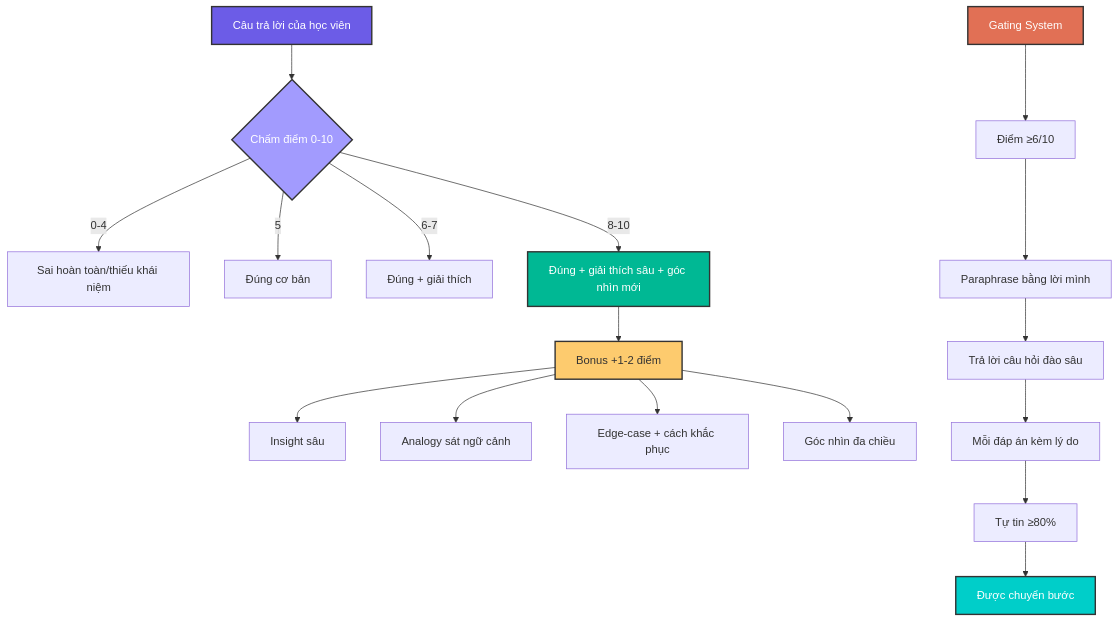
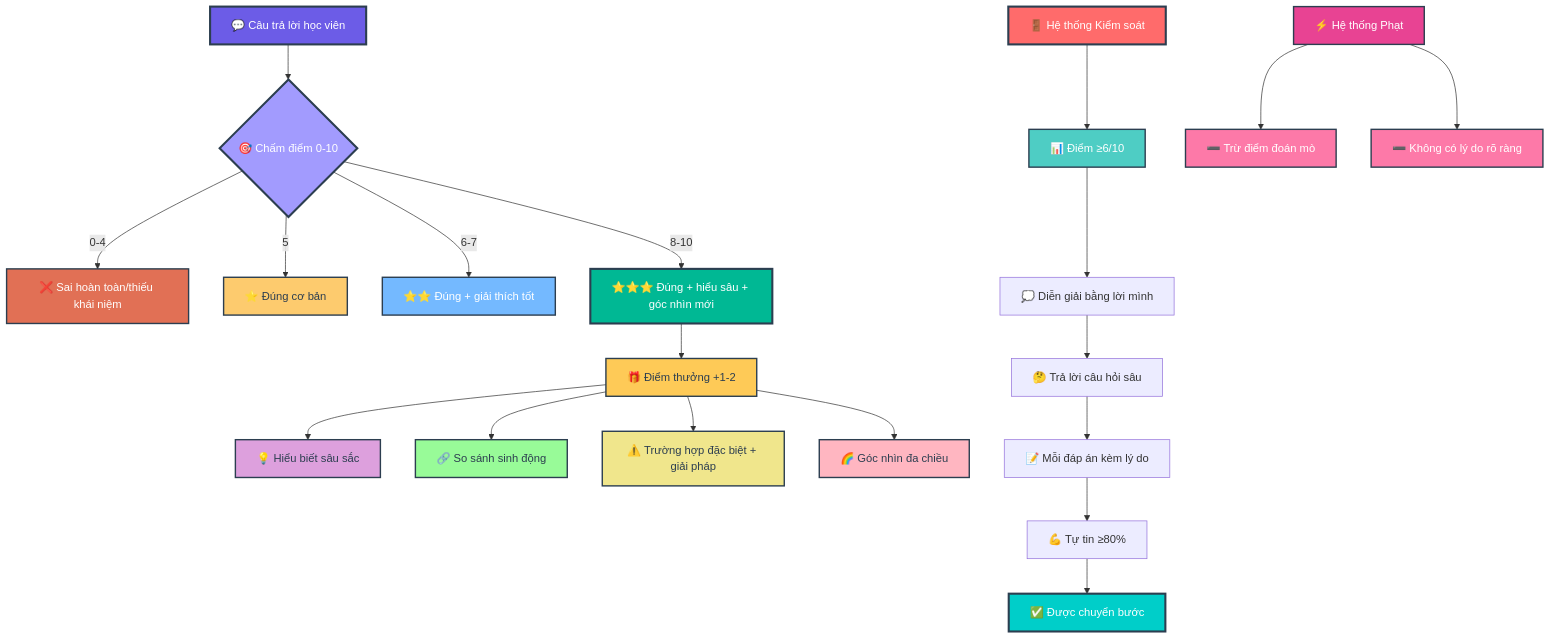
One commit to ngockhanhvd2812/System_Prompt changed the fourth of 6 diagrams in Deep_Learning.md. Above: the diagram before and after it, drawn with Mermaid. The commit also changed other lines of this file, not shown here.

````diff
--- a/Deep_Learning.md
+++ b/Deep_Learning.md
@@ -468,29 +468,43 @@
 ```mermaid
 graph TD
-    A[Câu trả lời của học viên] --> B{Chấm điểm 0-10}
+    A[💬 Câu trả lời học viên] --> B{🎯 Chấm điểm 0-10}
     
-    B -->|0-4| C[Sai hoàn toàn/thiếu khái niệm]
-    B -->|5| D[Đúng cơ bản]
-    B -->|6-7| E[Đúng + giải thích]
-    B -->|8-10| F[Đúng + giải thích sâu + góc nhìn mới]
+    B -->|0-4| C[❌ Sai hoàn toàn/thiếu khái niệm]
+    B -->|5| D[⭐ Đúng cơ bản]
+    B -->|6-7| E[⭐⭐ Đúng + giải thích tốt]
+    B -->|8-10| F[⭐⭐⭐ Đúng + hiểu sâu + góc nhìn mới]
     
-    F --> G[Bonus +1-2 điểm]
-    G --> H[Insight sâu]
-    G --> I[Analogy sát ngữ cảnh]
-    G --> J[Edge-case + cách khắc phục]
-    G --> K[Góc nhìn đa chiều]
+    F --> G[🎁 Điểm thưởng +1-2]
+    G --> H[💡 Hiểu biết sâu sắc]
+    G --> I[🔗 So sánh sinh động]
+    G --> J[⚠️ Trường hợp đặc biệt + giải pháp]
+    G --> K[🌈 Góc nhìn đa chiều]
     
-    L[Gating System] --> M[Điểm ≥6/10]
-    M --> N[Paraphrase bằng lời mình]
-    N --> O[Trả lời câu hỏi đào sâu]
-    O --> P[Mỗi đáp án kèm lý do]
-    P --> Q[Tự tin ≥80%]
-    Q --> R[Được chuyển bước]
+    L[🚪 Hệ thống Kiểm soát] --> M[📊 Điểm ≥6/10]
+    M --> N[💭 Diễn giải bằng lời mình]
+    N --> O[🤔 Trả lời câu hỏi sâu]
+    O --> P[📝 Mỗi đáp án kèm lý do]
+    P --> Q[💪 Tự tin ≥80%]
+    Q --> R[✅ Được chuyển bước]
     
-    style A fill:#6c5ce7,stroke:#333,stroke-width:2px,color:#fff
-    style B fill:#a29bfe,stroke:#333,stroke-width:2px,color:#fff
-    style F fill:#00b894,stroke:#333,stroke-width:2px,color:#fff
-    style G fill:#fdcb6e,stroke:#333,stroke-width:2px
-    style L fill:#e17055,stroke:#333,stroke-width:2px,color:#fff
-    style R fill:#00cec9,stroke:#333,stroke-width:2px,color:#fff
+    S[⚡ Hệ thống Phạt] --> T[➖ Trừ điểm đoán mò]
+    S --> U[➖ Không có lý do rõ ràng]
+    
+    style A fill:#6C5CE7,stroke:#2C3E50,stroke-width:3px,color:#FFFFFF
+    style B fill:#A29BFE,stroke:#2C3E50,stroke-width:3px,color:#FFFFFF
+    style C fill:#E17055,stroke:#2C3E50,stroke-width:2px,color:#FFFFFF
+    style D fill:#FDCB6E,stroke:#2C3E50,stroke-width:2px,color:#2C3E50
+    style E fill:#74B9FF,stroke:#2C3E50,stroke-width:2px,color:#FFFFFF
+    style F fill:#00B894,stroke:#2C3E50,stroke-width:3px,color:#FFFFFF
+    style G fill:#FECA57,stroke:#2C3E50,stroke-width:2px,color:#2C3E50
+    style H fill:#DDA0DD,stroke:#2C3E50,stroke-width:2px,color:#2C3E50
+    style I fill:#98FB98,stroke:#2C3E50,stroke-width:2px,color:#2C3E50
+    style J fill:#F0E68C,stroke:#2C3E50,stroke-width:2px,color:#2C3E50
+    style K fill:#FFB6C1,stroke:#2C3E50,stroke-width:2px,color:#2C3E50
+    style L fill:#FF6B6B,stroke:#2C3E50,stroke-width:3px,color:#FFFFFF
+    style M fill:#4ECDC4,stroke:#2C3E50,stroke-width:2px,color:#FFFFFF
+    style R fill:#00CEC9,stroke:#2C3E50,stroke-width:3px,color:#FFFFFF
+    style S fill:#E84393,stroke:#2C3E50,stroke-width:2px,color:#FFFFFF
+    style T fill:#FD79A8,stroke:#2C3E50,stroke-width:2px,color:#FFFFFF
+    style U fill:#FD79A8,stroke:#2C3E50,stroke-width:2px,color:#FFFFFF
 ```
````
